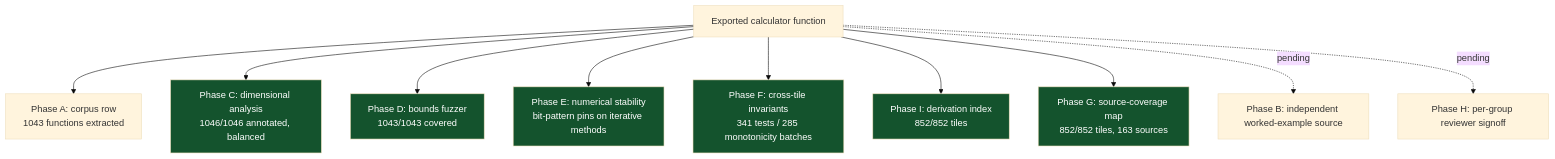
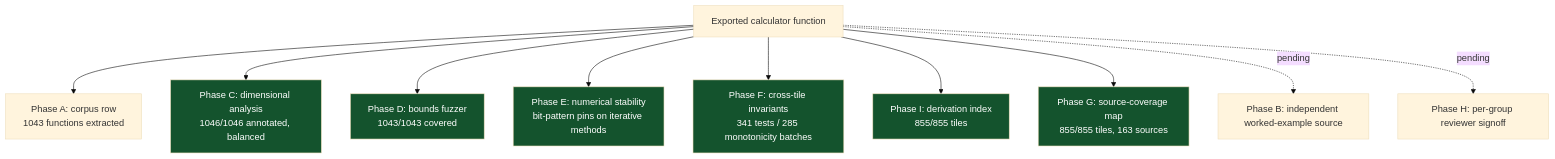
One commit to clay-good/roughlogic.com changed the sixth of 8 diagrams in README.md. Above: the diagram before and after it, drawn with Mermaid (base theme). The commit also changed other lines of this file and 21 other files, not shown here.

````diff
--- a/README.md
+++ b/README.md
@@ -519,18 +519,18 @@
 ```mermaid
 flowchart TB
     F[Exported calculator function] --> A[Phase A: corpus row\n1043 functions extracted]
     F --> C[Phase C: dimensional analysis\n1046/1046 annotated, balanced]
     F --> D[Phase D: bounds fuzzer\n1043/1043 covered]
     F --> E[Phase E: numerical stability\nbit-pattern pins on iterative methods]
     F --> Fa[Phase F: cross-tile invariants\n341 tests / 285 monotonicity batches]
-    F --> I[Phase I: derivation index\n852/852 tiles]
-    F --> G[Phase G: source-coverage map\n852/852 tiles, 163 sources]
+    F --> I[Phase I: derivation index\n855/855 tiles]
+    F --> G[Phase G: source-coverage map\n855/855 tiles, 163 sources]
     F -.pending.-> B[Phase B: independent worked-example source]
     F -.pending.-> H[Phase H: per-group reviewer signoff]
     style C fill:#14532d,color:#fff
     style D fill:#14532d,color:#fff
     style E fill:#14532d,color:#fff
     style Fa fill:#14532d,color:#fff
     style G fill:#14532d,color:#fff
     style I fill:#14532d,color:#fff
 ```
````
